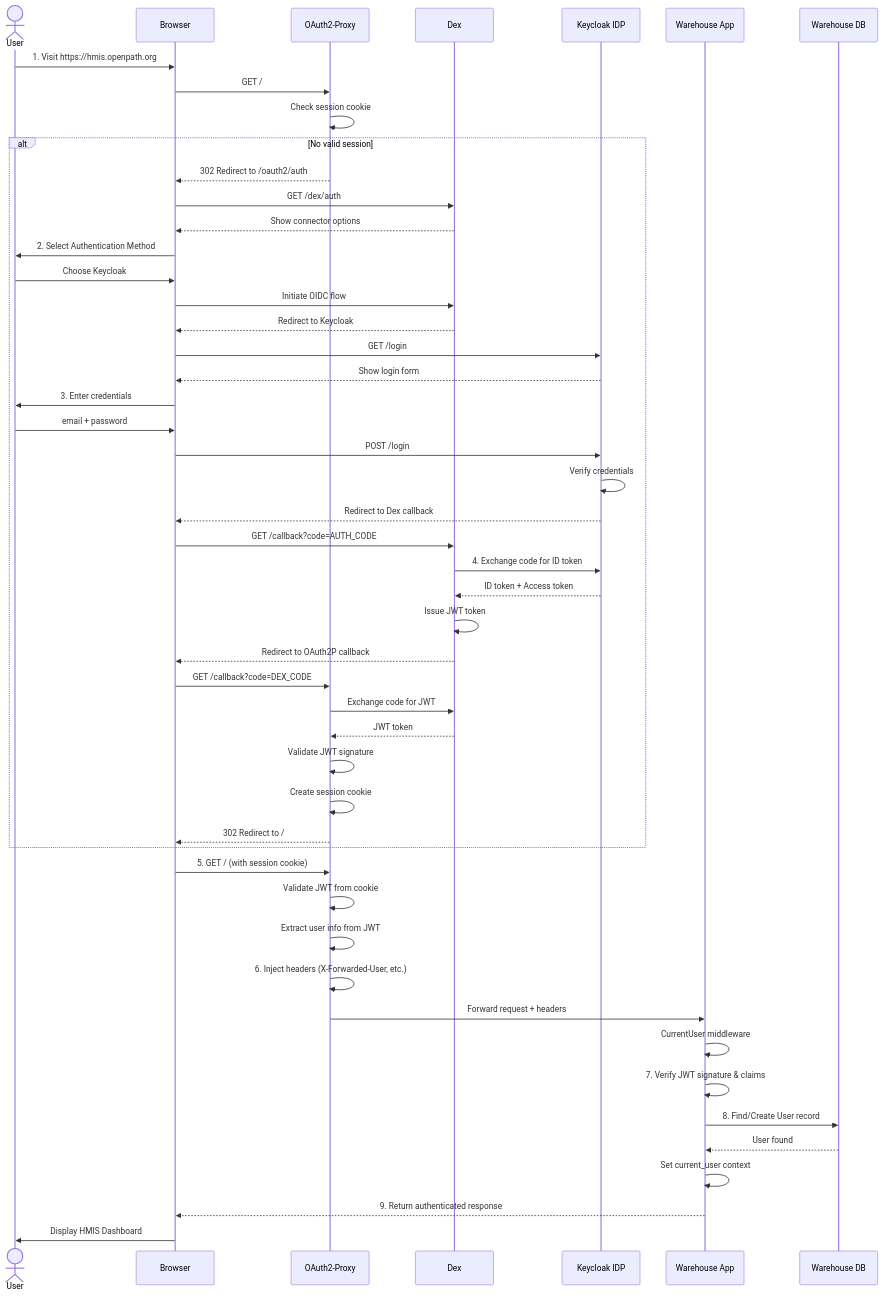
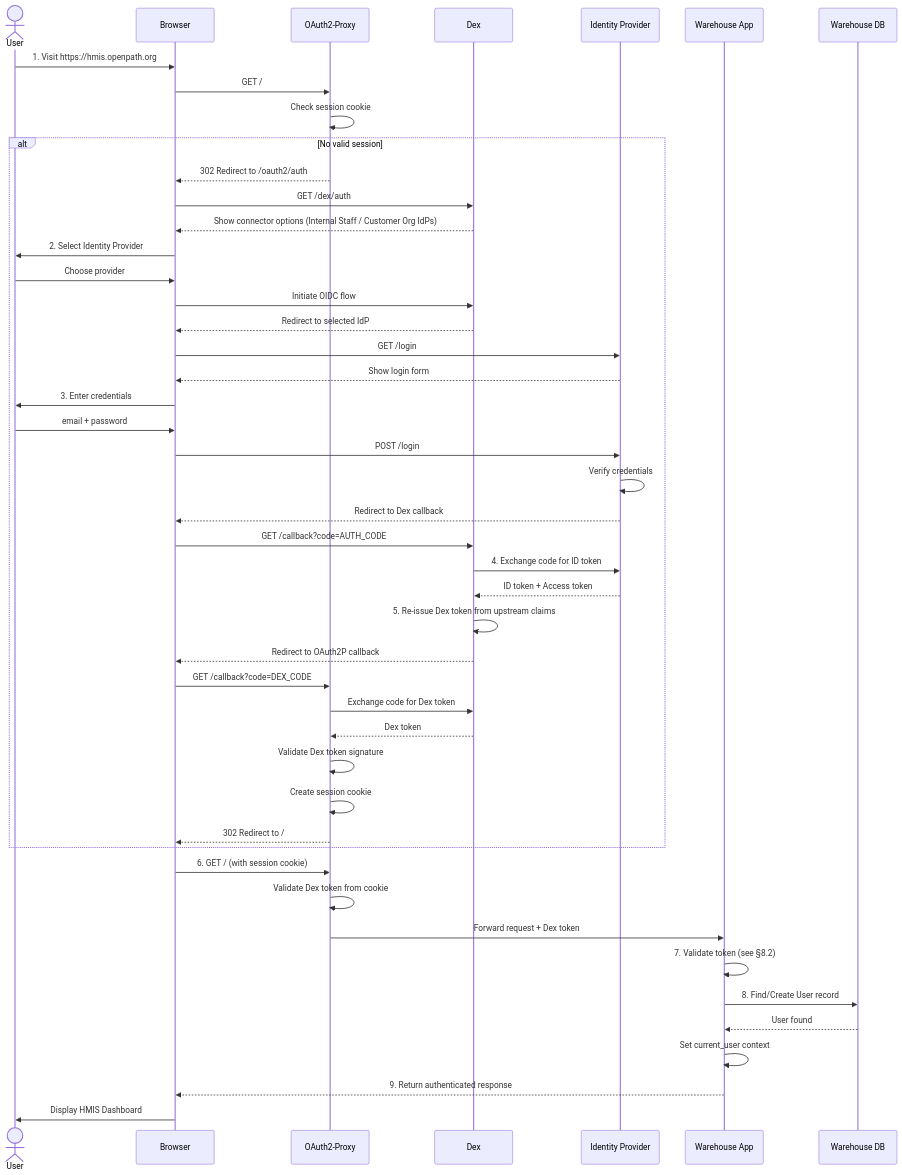
The first of 2 diagrams in docs/architecture/06-runtime/06-1-login-flow.md (greenriver/hmis-warehouse), drawn with Mermaid before and after one commit. The commit also changed other lines of this file and 3 other files, not shown here.

````diff
--- a/docs/architecture/06-runtime/06-1-login-flow.md
+++ b/docs/architecture/06-runtime/06-1-login-flow.md
@@ -18,59 +18,56 @@
 ```mermaid
 sequenceDiagram
     actor User
     participant Browser
     participant OAuth2P as OAuth2-Proxy
     participant Dex
-    participant Keycloak as Keycloak IDP
+    participant IdP as Identity Provider
     participant Rails as Warehouse App
     participant DB as Warehouse DB
 
     User->>Browser: 1. Visit https://hmis.openpath.org
     Browser->>OAuth2P: GET /
     OAuth2P->>OAuth2P: Check session cookie
 
     alt No valid session
         OAuth2P-->>Browser: 302 Redirect to /oauth2/auth
         Browser->>Dex: GET /dex/auth
-        Dex-->>Browser: Show connector options
-        Browser->>User: 2. Select Authentication Method
-        User->>Browser: Choose Keycloak
+        Dex-->>Browser: Show connector options (Internal Staff / Customer Org IdPs)
+        Browser->>User: 2. Select Identity Provider
+        User->>Browser: Choose provider
         Browser->>Dex: Initiate OIDC flow
-        Dex-->>Browser: Redirect to Keycloak
+        Dex-->>Browser: Redirect to selected IdP
 
-        Browser->>Keycloak: GET /login
-        Keycloak-->>Browser: Show login form
+        Browser->>IdP: GET /login
+        IdP-->>Browser: Show login form
         Browser->>User: 3. Enter credentials
         User->>Browser: email + password
-        Browser->>Keycloak: POST /login
-        Keycloak->>Keycloak: Verify credentials
+        Browser->>IdP: POST /login
+        IdP->>IdP: Verify credentials
 
-        Keycloak-->>Browser: Redirect to Dex callback
+        IdP-->>Browser: Redirect to Dex callback
         Browser->>Dex: GET /callback?code=AUTH_CODE
-        Dex->>Keycloak: 4. Exchange code for ID token
-        Keycloak-->>Dex: ID token + Access token
-        Dex->>Dex: Issue JWT token
+        Dex->>IdP: 4. Exchange code for ID token
+        IdP-->>Dex: ID token + Access token
+        Dex->>Dex: 5. Re-issue Dex token from upstream claims
         Dex-->>Browser: Redirect to OAuth2P callback
 
         Browser->>OAuth2P: GET /callback?code=DEX_CODE
-        OAuth2P->>Dex: Exchange code for JWT
-        Dex-->>OAuth2P: JWT token
-        OAuth2P->>OAuth2P: Validate JWT signature
+        OAuth2P->>Dex: Exchange code for Dex token
+        Dex-->>OAuth2P: Dex token
+        OAuth2P->>OAuth2P: Validate Dex token signature
         OAuth2P->>OAuth2P: Create session cookie
         OAuth2P-->>Browser: 302 Redirect to /
     end
 
-    Browser->>OAuth2P: 5. GET / (with session cookie)
-    OAuth2P->>OAuth2P: Validate JWT from cookie
-    OAuth2P->>OAuth2P: Extract user info from JWT
-    OAuth2P->>OAuth2P: 6. Inject headers (X-Forwarded-User, etc.)
-    OAuth2P->>Rails: Forward request + headers
+    Browser->>OAuth2P: 6. GET / (with session cookie)
+    OAuth2P->>OAuth2P: Validate Dex token from cookie
+    OAuth2P->>Rails: Forward request + Dex token
 
-    Rails->>Rails: CurrentUser middleware
-    Rails->>Rails: 7. Verify JWT signature & claims
+    Rails->>Rails: 7. Validate token (see §8.2)
     Rails->>DB: 8. Find/Create User record
     DB-->>Rails: User found
     Rails->>Rails: Set current_user context
     Rails-->>Browser: 9. Return authenticated response
     Browser->>User: Display HMIS Dashboard
 ```
````
